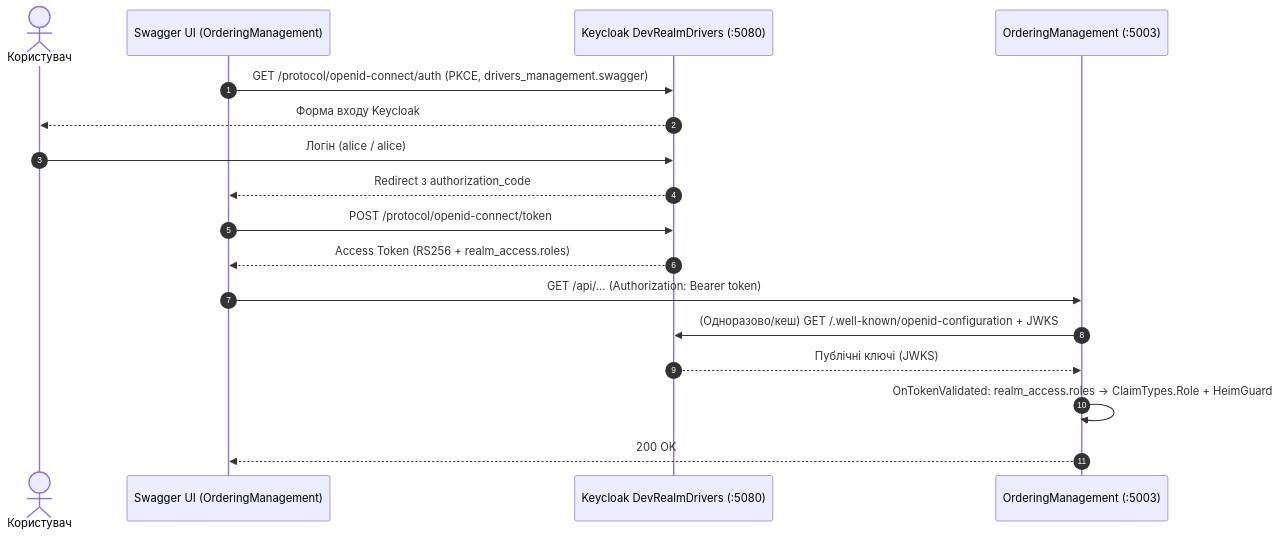
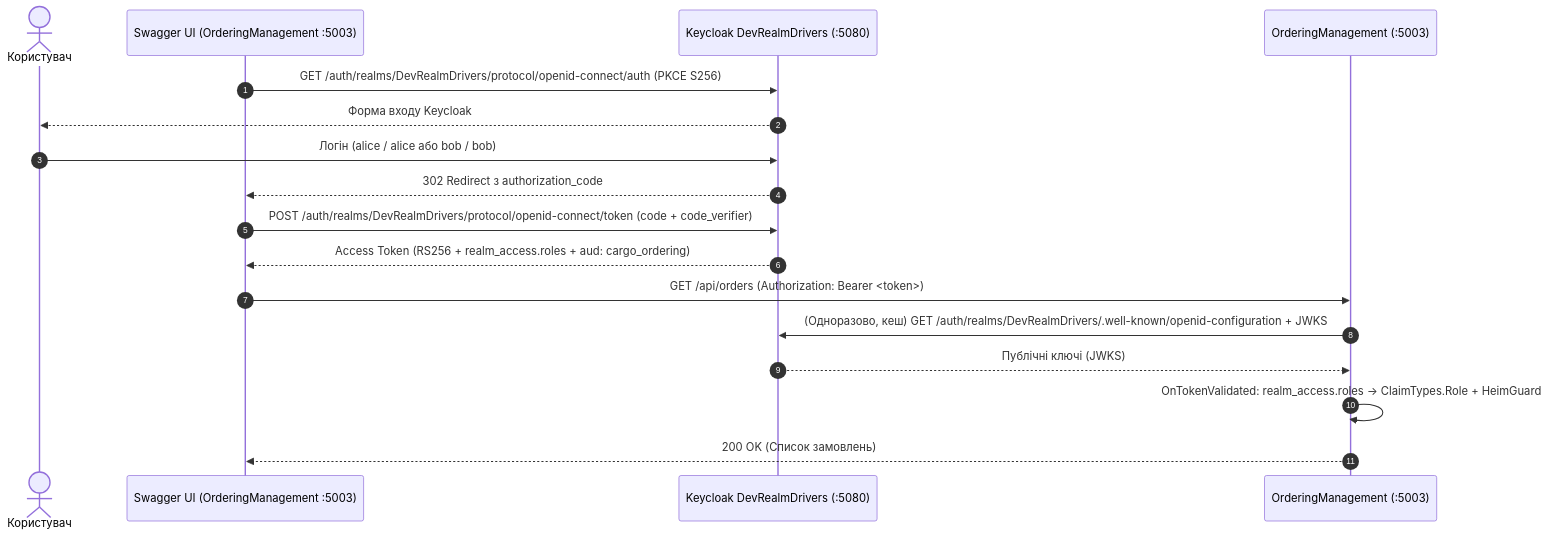
The diagram in 02-Microservices-Craftsman/02-03-Identity-Security-Documentation/03.3_Keycloak_Pulumi_And_Duende_Federation.md (MrTomkaYurii/Demo-AspNet-CargoDeliveryService), drawn with Mermaid before and after one commit. The commit also changed other lines of this file and 26 other files, not shown here.

Commit message:
Improve 03.1-03.3 auth guides, Duende UI/comments, BlogManagement auth, and KeycloakPulumiAuth

````diff
--- a/02-Microservices-Craftsman/02-03-Identity-Security-Documentation/03.3_Keycloak_Pulumi_And_Duende_Federation.md
+++ b/02-Microservices-Craftsman/02-03-Identity-Security-Documentation/03.3_Keycloak_Pulumi_And_Duende_Federation.md
@@ -33,21 +48,22 @@
 ```mermaid
 sequenceDiagram
     autonumber
     actor User as Користувач
-    participant Sw as Swagger UI (OrderingManagement)
+    participant Sw as Swagger UI (OrderingManagement :5003)
     participant KC as Keycloak DevRealmDrivers (:5080)
     participant API as OrderingManagement (:5003)
 
-    Sw->>KC: GET /protocol/openid-connect/auth (PKCE, drivers_management.swagger)
+    Sw->>KC: GET /auth/realms/DevRealmDrivers/protocol/openid-connect/auth (PKCE S256)
     KC-->>User: Форма входу Keycloak
-    User->>KC: Логін (alice / alice)
-    KC-->>Sw: Redirect з authorization_code
-    Sw->>KC: POST /protocol/openid-connect/token
-    KC-->>Sw: Access Token (RS256 + realm_access.roles)
+    User->>KC: Логін (alice / alice або bob / bob)
+    KC-->>Sw: 302 Redirect з authorization_code
 
-    Sw->>API: GET /api/... (Authorization: Bearer token)
-    API->>KC: (Одноразово/кеш) GET /.well-known/openid-configuration + JWKS
+    Sw->>KC: POST /auth/realms/DevRealmDrivers/protocol/openid-connect/token (code + code_verifier)
+    KC-->>Sw: Access Token (RS256 + realm_access.roles + aud: cargo_ordering)
+
+    Sw->>API: GET /api/orders (Authorization: Bearer <token>)
+    API->>KC: (Одноразово, кеш) GET /auth/realms/DevRealmDrivers/.well-known/openid-configuration + JWKS
     KC-->>API: Публічні ключі (JWKS)
     API->>API: OnTokenValidated: realm_access.roles -> ClaimTypes.Role + HeimGuard
-    API-->>Sw: 200 OK
+    API-->>Sw: 200 OK (Список замовлень)
 ```
````
